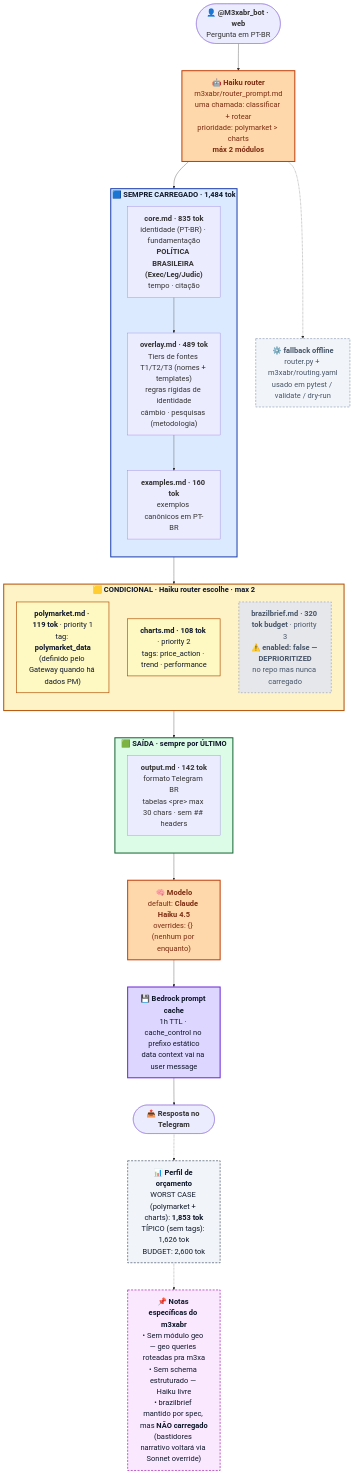
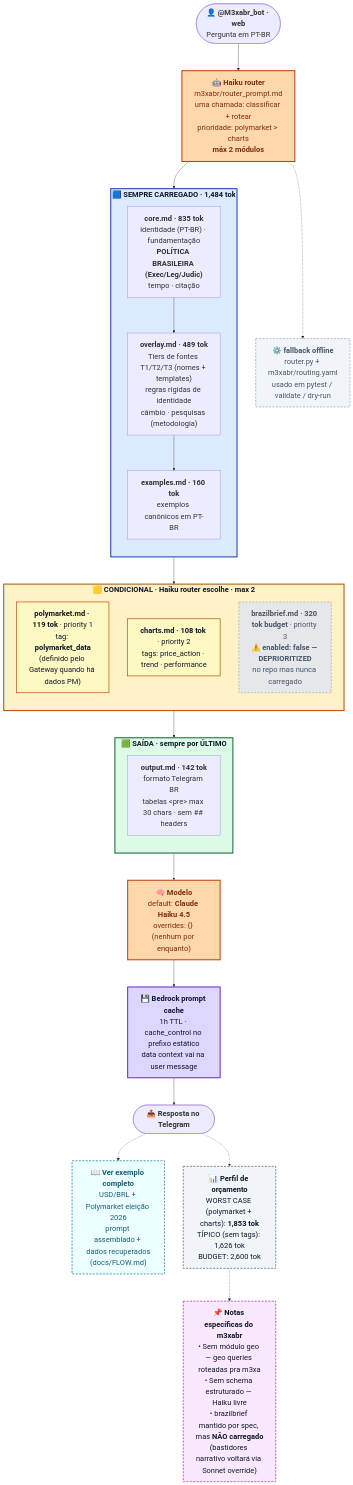
One commit to prcodex/version3- changed the third of 3 diagrams in README.md. Above: the diagram before and after it, drawn with Mermaid. The commit also changed other lines of this file and 1 other file, not shown here.

Commit message:
FLOW + charts: m3xabr worked example + clickable "see example" nodes
Two changes that pair up:

1. FLOW.md gains a m3xabr concrete example mirroring the m3xa one.
   Query: "USD/BRL essa semana + odds do Polymarket sobre eleição 2026"
   (worst case for m3xabr — both conditional modules fire).
   Walks through: Haiku router output, 122-line / 1,853-tok assembled
   prompt skeleton (PT-BR), realistic AGENT_AND_DATA_CONTEXT block
   with USD/BRL snapshot, Polymarket BR top-5, Datafolha/Quaest/Atlas,
   Traumann/Daniela Lima/Recondo/Josias tweets, Itaú/XP/BTG research,
   sample response shape Haiku would emit, cache vs dynamic breakdown.

2. Both per-product charts get a new dashed cyan "see worked example"
   node off the Telegram-response endpoint, clicking through to the
   matching FLOW.md anchor (#concrete-example-for-m3xa /
   #concrete-example-for-m3xabr).

The m3xa example heading was renamed from "A concrete example — what
Haiku actually sees" to "Concrete example for m3xa" so the GitHub
anchor is stable and predictable.

validate green (14 souls), pytest 14/14.

````diff
--- a/README.md
+++ b/README.md
@@ -173,62 +176,65 @@
 ```mermaid
 %%{init: {'theme': 'default', 'themeVariables': {'fontSize': '22px', 'fontFamily': 'Inter, system-ui, -apple-system, sans-serif'}, 'flowchart': {'htmlLabels': true, 'curve': 'basis', 'nodeSpacing': 55, 'rankSpacing': 80, 'padding': 18}}}%%
 flowchart TB
     BOT(["<b>👤 @M3xabr_bot · web</b><br/>Pergunta em PT-BR"]) --> RTR["<b>🤖 Haiku router</b><br/>m3xabr/router_prompt.md<br/>uma chamada: classificar + rotear<br/>prioridade: polymarket &gt; charts<br/><b>máx 2 módulos</b>"]
     RTR -.-> FALL["<b>⚙️ fallback offline</b><br/>router.py + m3xabr/routing.yaml<br/>usado em pytest / validate / dry-run"]
 
     subgraph ALWAYS["<b>🟦 SEMPRE CARREGADO · 1,484 tok</b>"]
         direction TB
         A1["<b>core.md · 835 tok</b><br/>identidade (PT-BR) · fundamentação<br/><b>POLÍTICA BRASILEIRA (Exec/Leg/Judic)</b><br/>tempo · citação"]
         A2["<b>overlay.md · 489 tok</b><br/>Tiers de fontes T1/T2/T3 (nomes + templates)<br/>regras rígidas de identidade<br/>câmbio · pesquisas (metodologia)"]
         A3["<b>examples.md · 160 tok</b><br/>exemplos canônicos em PT-BR"]
         A1 --> A2 --> A3
     end
 
     subgraph COND["<b>🟨 CONDICIONAL · Haiku router escolhe · max 2</b>"]
         direction TB
         P["<b>polymarket.md · 119 tok</b> · priority 1<br/>tag: <b>polymarket_data</b><br/>(definido pelo Gateway quando há dados PM)"]
         CH["<b>charts.md · 108 tok</b> · priority 2<br/>tags: price_action · trend · performance"]
         BB["<b>brazilbrief.md · 320 tok budget</b> · priority 3<br/><b>⚠️ enabled: false — DEPRIORITIZED</b><br/>no repo mas nunca carregado"]
     end
 
     subgraph OUTBLK["<b>🟩 SAÍDA · sempre por ÚLTIMO</b>"]
         direction TB
         OUT["<b>output.md · 142 tok</b><br/>formato Telegram BR<br/>tabelas &lt;pre&gt; max 30 chars · sem ## headers"]
     end
 
     RTR --> ALWAYS
     ALWAYS --> COND
     COND --> OUTBLK
     OUTBLK --> MODEL["<b>🧠 Modelo</b><br/>default: <b>Claude Haiku 4.5</b><br/>overrides: {} (nenhum por enquanto)"]
     MODEL --> CACHE["<b>💾 Bedrock prompt cache</b><br/>1h TTL · cache_control no prefixo estático<br/>data context vai na user message"]
     CACHE --> GEN(["<b>📤 Resposta no Telegram</b>"])
+    GEN -.-> EX["<b>📖 Ver exemplo completo</b><br/>USD/BRL + Polymarket eleição 2026<br/>prompt assemblado + dados recuperados<br/>(docs/FLOW.md)"]
 
     META["<b>📊 Perfil de orçamento</b><br/>WORST CASE (polymarket + charts): <b>1,853 tok</b><br/>TÍPICO (sem tags): 1,626 tok<br/>BUDGET: 2,600 tok"]
     GEN -.-> META
 
     NOTE["<b>📌 Notas específicas do m3xabr</b><br/>• Sem módulo geo — geo queries roteadas pra m3xa<br/>• Sem schema estruturado — Haiku livre<br/>• brazilbrief mantido por spec, mas <b>NÃO carregado</b><br/>(bastidores narrativo voltará via Sonnet override)"]
     META -.-> NOTE
 
     click A1 "https://github.com/prcodex/version3-/blob/main/m3xabr/souls/core.md" _blank
     click A2 "https://github.com/prcodex/version3-/blob/main/m3xabr/souls/overlay.md" _blank
     click A3 "https://github.com/prcodex/version3-/blob/main/m3xabr/souls/examples.md" _blank
     click P "https://github.com/prcodex/version3-/blob/main/m3xabr/souls/modules/polymarket.md" _blank
     click CH "https://github.com/prcodex/version3-/blob/main/m3xabr/souls/modules/charts.md" _blank
     click BB "https://github.com/prcodex/version3-/blob/main/m3xabr/souls/modules/brazilbrief.md" _blank
     click OUT "https://github.com/prcodex/version3-/blob/main/m3xabr/souls/output.md" _blank
     click RTR "https://github.com/prcodex/version3-/blob/main/m3xabr/router_prompt.md" _blank
     click FALL "https://github.com/prcodex/version3-/blob/main/m3xabr/routing.yaml" _blank
+    click EX "https://github.com/prcodex/version3-/blob/main/docs/FLOW.md#concrete-example-for-m3xabr" _blank
 
     style ALWAYS fill:#dbeafe,stroke:#1e40af,stroke-width:3px,color:#0f172a
     style COND fill:#fef3c7,stroke:#b45309,stroke-width:3px,color:#0f172a
     style OUTBLK fill:#dcfce7,stroke:#166534,stroke-width:3px,color:#0f172a
     style MODEL fill:#fed7aa,stroke:#c2410c,stroke-width:3px,color:#7c2d12
     style CACHE fill:#ddd6fe,stroke:#6d28d9,stroke-width:3px,color:#0f172a
     style META fill:#f1f5f9,stroke:#475569,stroke-width:2px,stroke-dasharray:6 4,color:#0f172a
     style NOTE fill:#fae8ff,stroke:#a21caf,stroke-width:2px,stroke-dasharray:6 4,color:#0f172a
     style P fill:#fef9c3,stroke:#b45309,stroke-width:2px,color:#0f172a
     style CH fill:#fef9c3,stroke:#b45309,stroke-width:2px,color:#0f172a
     style BB fill:#e5e7eb,stroke:#9ca3af,stroke-width:2px,stroke-dasharray:5 5,color:#475569
     style RTR fill:#fed7aa,stroke:#c2410c,stroke-width:3px,color:#7c2d12
     style FALL fill:#f1f5f9,stroke:#94a3b8,stroke-width:2px,stroke-dasharray:6 4,color:#475569
+    style EX fill:#ecfeff,stroke:#0e7490,stroke-width:2px,stroke-dasharray:6 4,color:#155e75
 ```
````
